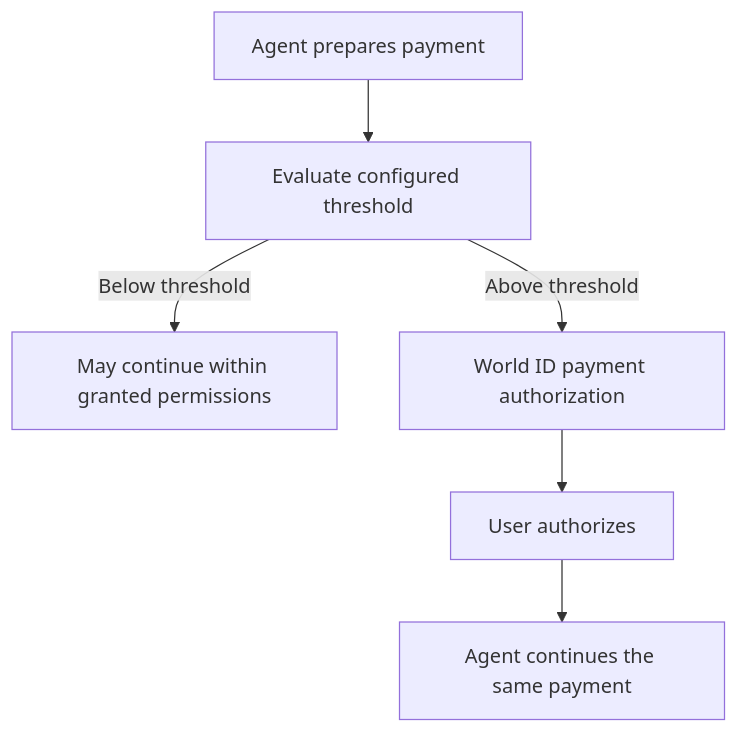
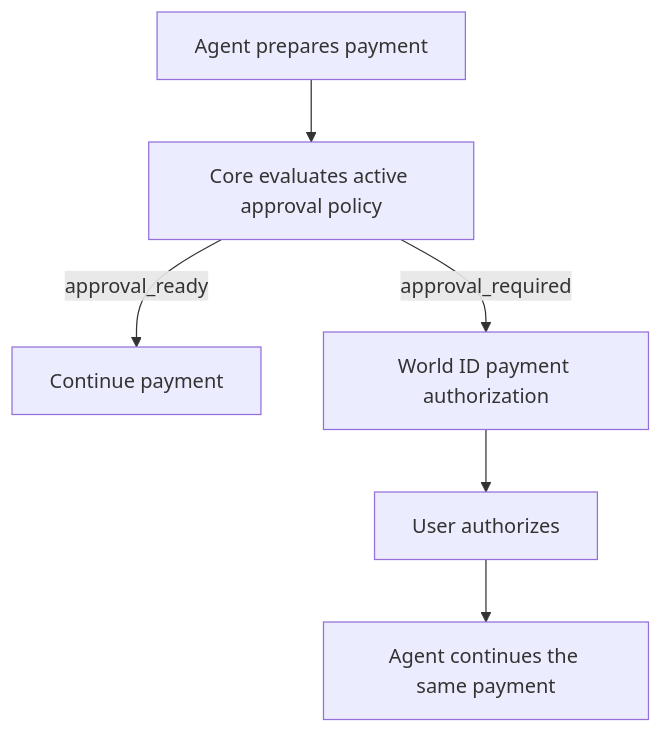
The diagram in autonomy/overview.mdx (trunghuynh-humanfx/agentbank-docs), drawn with Mermaid before and after one commit. The commit also changed other lines of this file and 90 other files, not shown here.

````diff
--- a/autonomy/overview.mdx
+++ b/autonomy/overview.mdx
@@ -6,8 +6,8 @@
 ```mermaid
 flowchart TD
-    R["Agent prepares payment"] --> V["Evaluate configured threshold"]
-    V -->|"Below threshold"| A["May continue within granted permissions"]
-    V -->|"Above threshold"| W["World ID payment authorization"]
+    R["Agent prepares payment"] --> V["Core evaluates active approval policy"]
+    V -->|"approval_ready"| A["Continue payment"]
+    V -->|"approval_required"| W["World ID payment authorization"]
     W --> H["User authorizes"]
     H --> C["Agent continues the same payment"]
 ```
````
